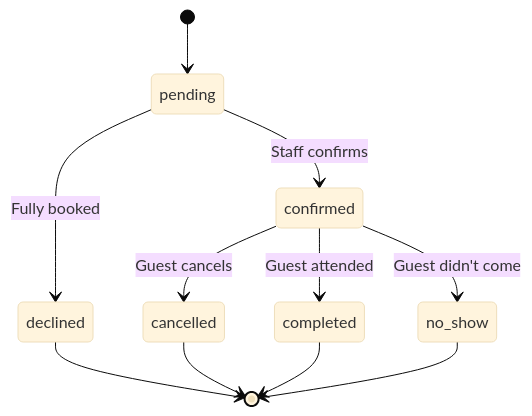
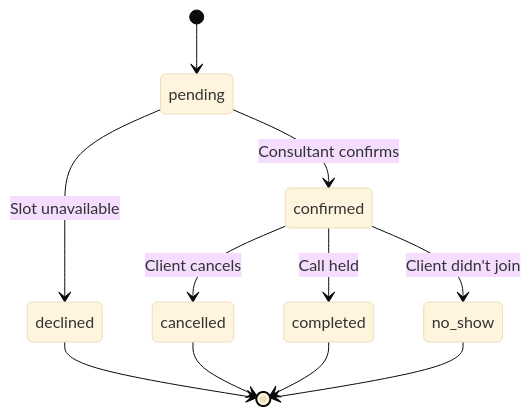
One commit to AnggaWikaNugraha/fullstack-company-profile changed the eighth of 9 diagrams in docs/flows.md. Above: the diagram before and after it, drawn with Mermaid (base theme). The commit also changed other lines of this file and 6 other files, not shown here.

````diff
--- a/docs/flows.md
+++ b/docs/flows.md
@@ -241,13 +247,13 @@
 ```mermaid
 stateDiagram-v2
     [*] --> pending
-    pending --> confirmed: Staff confirms
-    pending --> declined: Fully booked
-    confirmed --> cancelled: Guest cancels
-    confirmed --> completed: Guest attended
-    confirmed --> no_show: Guest didn't come
+    pending --> confirmed: Consultant confirms
+    pending --> declined: Slot unavailable
+    confirmed --> cancelled: Client cancels
+    confirmed --> completed: Call held
+    confirmed --> no_show: Client didn't join
     declined --> [*]
     cancelled --> [*]
     completed --> [*]
     no_show --> [*]
 ```
````
